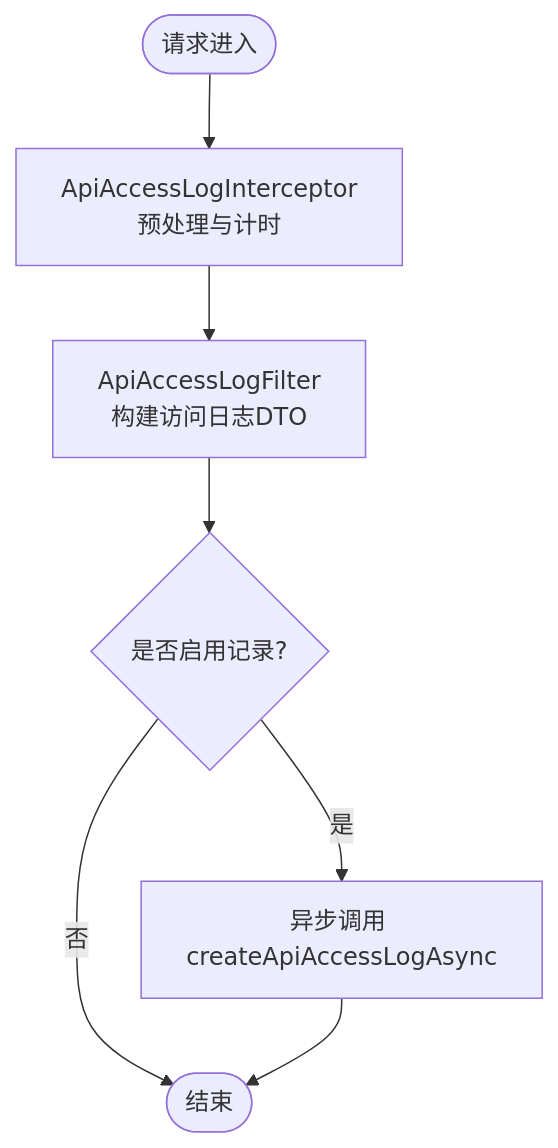
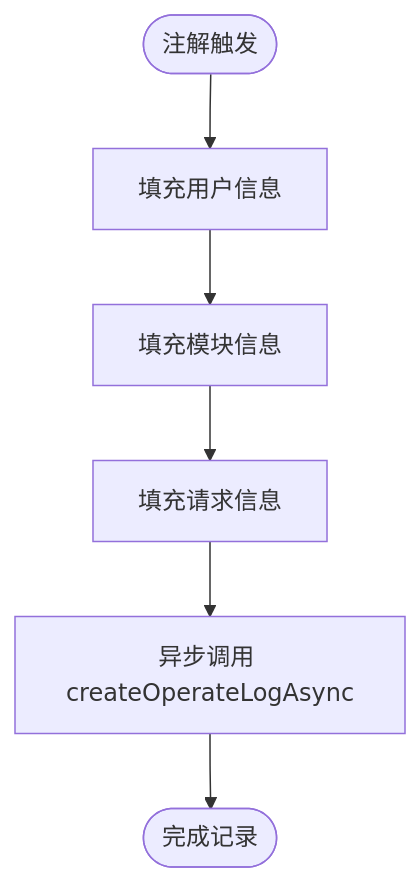
Before and after one commit to guanglei93/pandora-cloud: the sixth of 7 diagrams in .qoder/repowiki/zh/content/API参考/日志记录API.md, drawn with Mermaid. The commit also changed other lines of this file and 32 other files, not shown here.

````diff
--- a/.qoder/repowiki/zh/content/API参考/日志记录API.md
+++ b/.qoder/repowiki/zh/content/API参考/日志记录API.md
@@ -331,9 +339,8 @@
 ```mermaid
 flowchart TD
-Start(["请求进入"]) --> Interceptor["ApiAccessLogInterceptor<br/>预处理与计时"]
-Interceptor --> Filter["ApiAccessLogFilter<br/>构建访问日志DTO"]
-Filter --> Build{"是否启用记录?"}
-Build --> |否| End(["结束"])
-Build --> |是| AsyncCall["异步调用 createApiAccessLogAsync"]
-AsyncCall --> End
+Start(["注解触发"]) --> FillUser["填充用户信息"]
+FillUser --> FillModule["填充模块信息"]
+FillModule --> FillRequest["填充请求信息"]
+FillRequest --> AsyncCall["异步调用 createOperateLogAsync"]
+AsyncCall --> End(["完成记录"])
 ```
````
